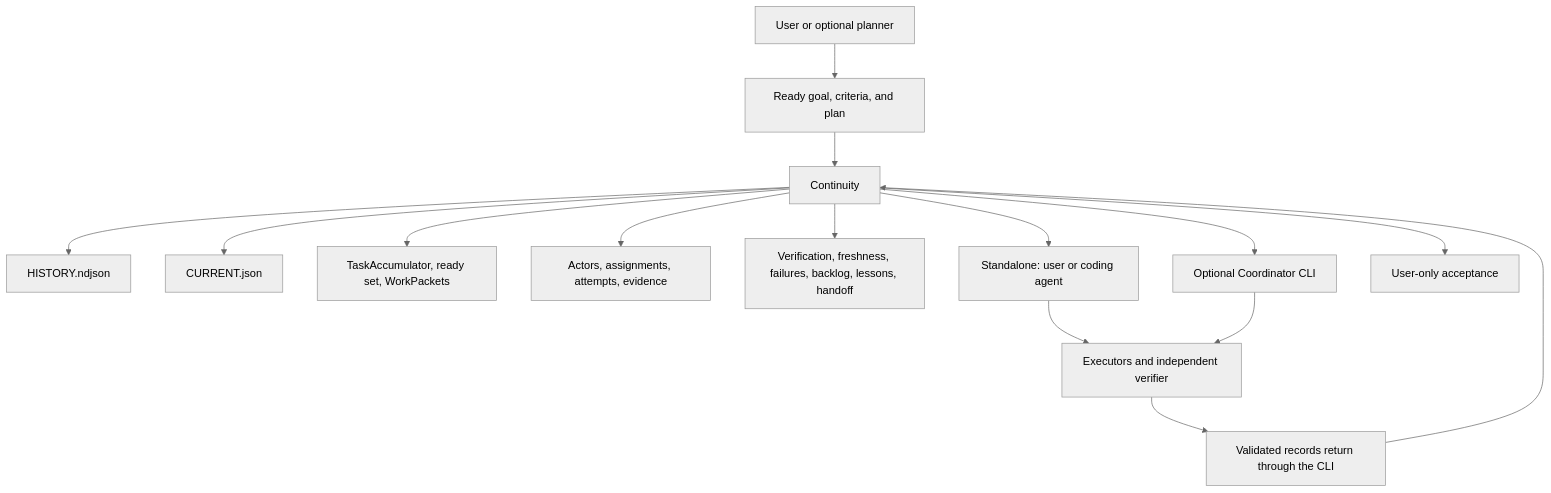
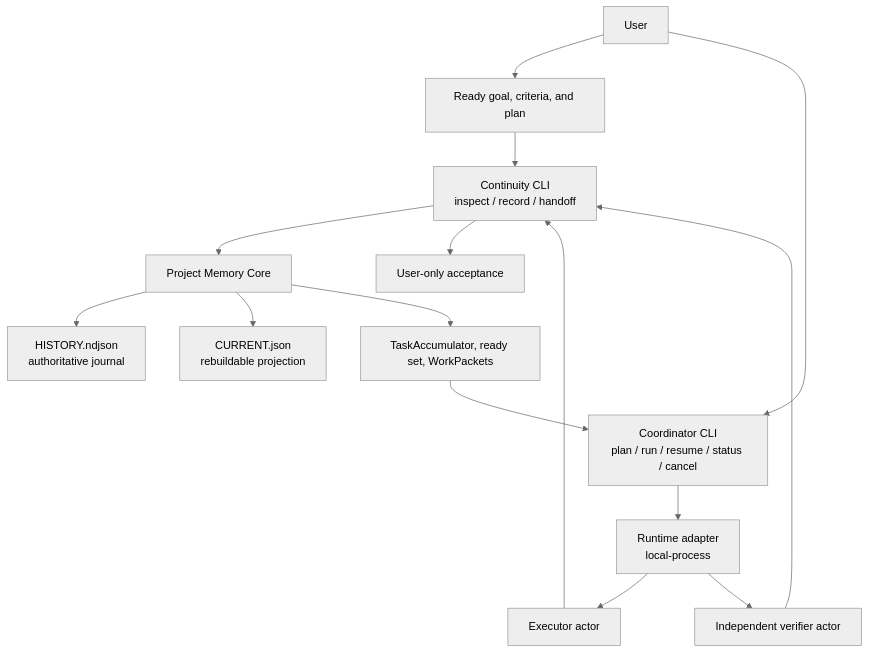
The diagram in README.md (Altarnik88/continuity), drawn with Mermaid (neutral theme) before and after one commit. The commit also changed other lines of this file and 1 other file, not shown here.

Commit message:
docs: explain memory, agent management, project contour, and why to download

````diff
--- a/README.md
+++ b/README.md
@@ -123,17 +68,30 @@
 ```mermaid
 flowchart TB
-  user["User or optional planner"] --> ready["Ready goal, criteria, and plan"]
-  ready --> continuity["Continuity"]
-  continuity --> journal["HISTORY.ndjson"]
-  continuity --> projection["CURRENT.json"]
-  continuity --> derived["TaskAccumulator, ready set, WorkPackets"]
-  continuity --> records["Actors, assignments, attempts, evidence"]
-  continuity --> status["Verification, freshness, failures, backlog, lessons, handoff"]
-  continuity --> standalone["Standalone: user or coding agent"]
-  continuity --> coordinated["Optional Coordinator CLI"]
-  standalone --> workers["Executors and independent verifier"]
-  coordinated --> workers
-  workers --> validated["Validated records return through the CLI"]
-  validated --> continuity
-  continuity --> acceptance["User-only acceptance"]
+  user["User"]
+  planIn["Ready goal, criteria, and plan"]
+  mem["Continuity CLI<br/>inspect / record / handoff"]
+  core["Project Memory Core"]
+  journal["HISTORY.ndjson<br/>authoritative journal"]
+  projection["CURRENT.json<br/>rebuildable projection"]
+  derived["TaskAccumulator, ready set, WorkPackets"]
+  coord["Coordinator CLI<br/>plan / run / resume / status / cancel"]
+  adapter["Runtime adapter<br/>local-process"]
+  exec["Executor actor"]
+  ver["Independent verifier actor"]
+  accept["User-only acceptance"]
+
+  user --> planIn
+  planIn --> mem
+  mem --> core
+  core --> journal
+  core --> projection
+  core --> derived
+  user --> coord
+  derived --> coord
+  coord --> adapter
+  adapter --> exec
+  adapter --> ver
+  exec --> mem
+  ver --> mem
+  mem --> accept
 ```
````
